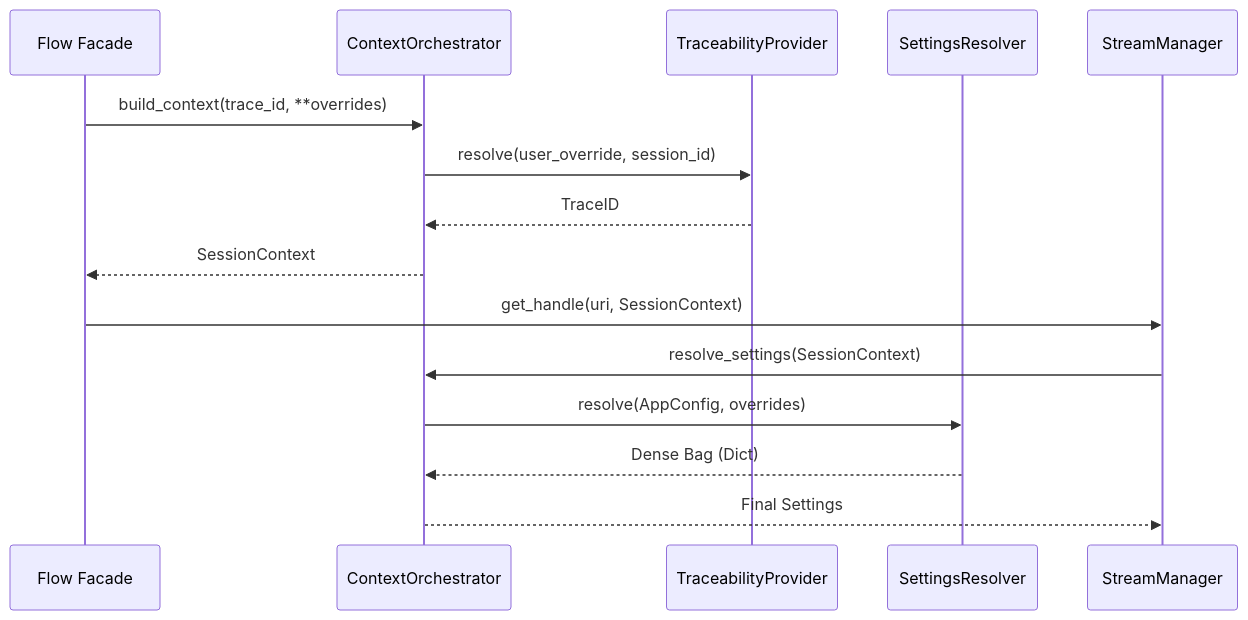
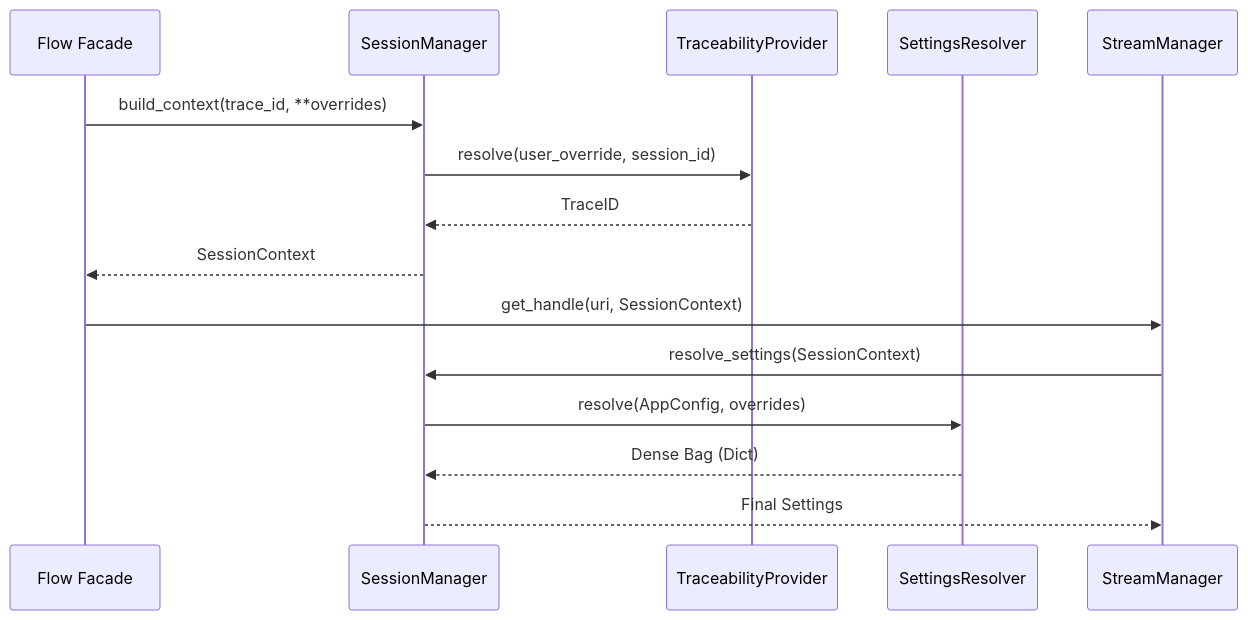
Before and after one commit to mnaatjes/etl-pipeline: the second of 2 diagrams in docs/status_reports/session_context_status.md, drawn with Mermaid. The commit also changed other lines of this file and 15 other files, not shown here.

Commit message:
session-manager

````diff
--- a/docs/status_reports/session_context_status.md
+++ b/docs/status_reports/session_context_status.md
@@ -67,19 +65,19 @@
 ```mermaid
 sequenceDiagram
     participant Flow as Flow Facade
-    participant CO as ContextOrchestrator
+    participant SM as SessionManager
     participant TP as TraceabilityProvider
     participant SR as SettingsResolver
-    participant SM as StreamManager
+    participant STM as StreamManager
 
-    Flow->>CO: build_context(trace_id, **overrides)
-    CO->>TP: resolve(user_override, session_id)
-    TP-->>CO: TraceID
-    CO-->>Flow: SessionContext
+    Flow->>SM: build_context(trace_id, **overrides)
+    SM->>TP: resolve(user_override, session_id)
+    TP-->>SM: TraceID
+    SM-->>Flow: SessionContext
 
-    Flow->>SM: get_handle(uri, SessionContext)
-    SM->>CO: resolve_settings(SessionContext)
-    CO->>SR: resolve(AppConfig, overrides)
-    SR-->>CO: Dense Bag (Dict)
-    CO-->>SM: Final Settings
+    Flow->>STM: get_handle(uri, SessionContext)
+    STM->>SM: resolve_settings(SessionContext)
+    SM->>SR: resolve(AppConfig, overrides)
+    SR-->>SM: Dense Bag (Dict)
+    SM-->>STM: Final Settings
 ```
````
